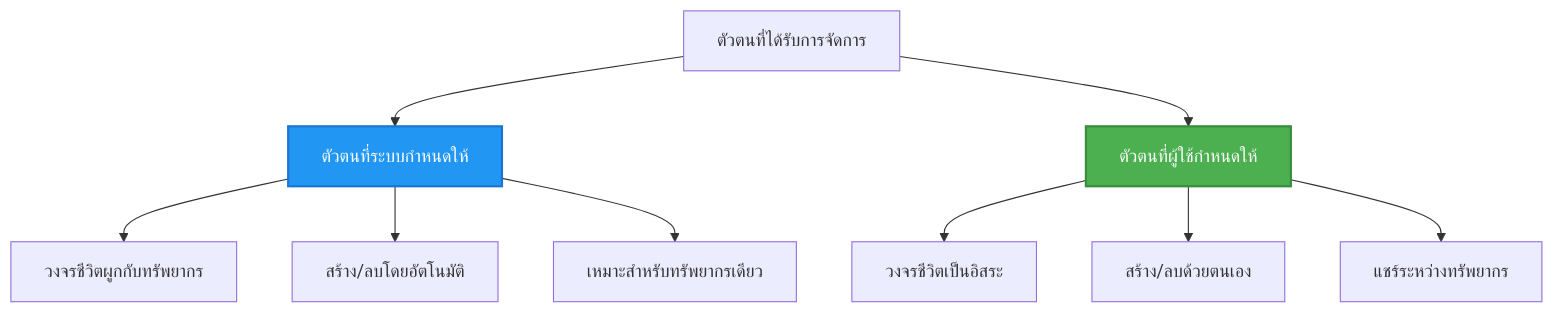
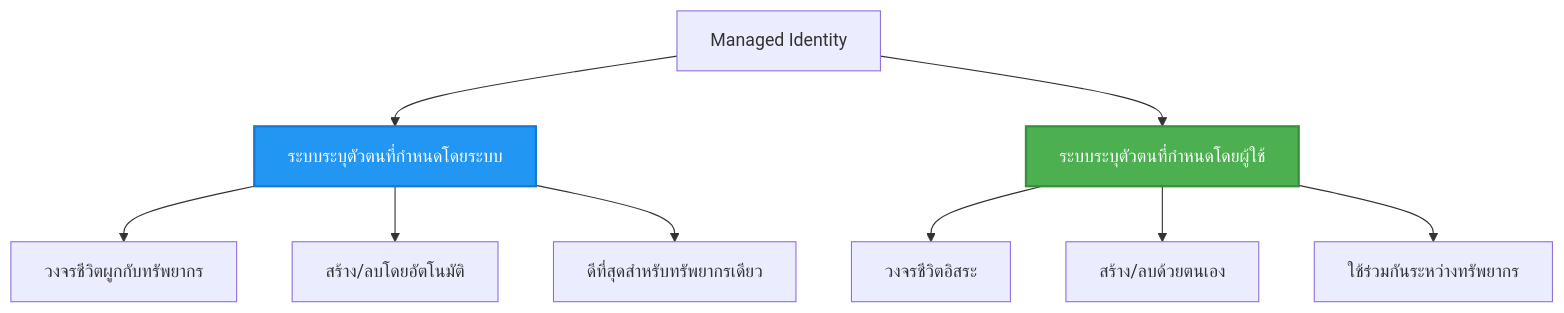
Before and after one commit to microsoft/AZD-for-beginners: the second of 2 diagrams in translations/th/docs/chapter-03-configuration/authsecurity.md, drawn with Mermaid. The commit also changed other lines of this file and 101 other files, not shown here.

````diff
--- a/translations/th/docs/chapter-03-configuration/authsecurity.md
+++ b/translations/th/docs/chapter-03-configuration/authsecurity.md
@@ -97,20 +97,20 @@
 ```mermaid
 graph TB
-    MI[ตัวตนที่ได้รับการจัดการ]
-    SystemAssigned[ตัวตนที่ระบบกำหนดให้]
-    UserAssigned[ตัวตนที่ผู้ใช้กำหนดให้]
+    MI[Managed Identity]
+    SystemAssigned[ระบบระบุตัวตนที่กำหนดโดยระบบ]
+    UserAssigned[ระบบระบุตัวตนที่กำหนดโดยผู้ใช้]
     
     MI --> SystemAssigned
     MI --> UserAssigned
     
     SystemAssigned --> SA1[วงจรชีวิตผูกกับทรัพยากร]
     SystemAssigned --> SA2[สร้าง/ลบโดยอัตโนมัติ]
-    SystemAssigned --> SA3[เหมาะสำหรับทรัพยากรเดียว]
+    SystemAssigned --> SA3[ดีที่สุดสำหรับทรัพยากรเดียว]
     
-    UserAssigned --> UA1[วงจรชีวิตเป็นอิสระ]
+    UserAssigned --> UA1[วงจรชีวิตอิสระ]
     UserAssigned --> UA2[สร้าง/ลบด้วยตนเอง]
-    UserAssigned --> UA3[แชร์ระหว่างทรัพยากร]
+    UserAssigned --> UA3[ใช้ร่วมกันระหว่างทรัพยากร]
     
     style SystemAssigned fill:#2196F3,stroke:#1976D2,stroke-width:2px,color:#fff
     style UserAssigned fill:#4CAF50,stroke:#388E3C,stroke-width:2px,color:#fff
 ```
````
